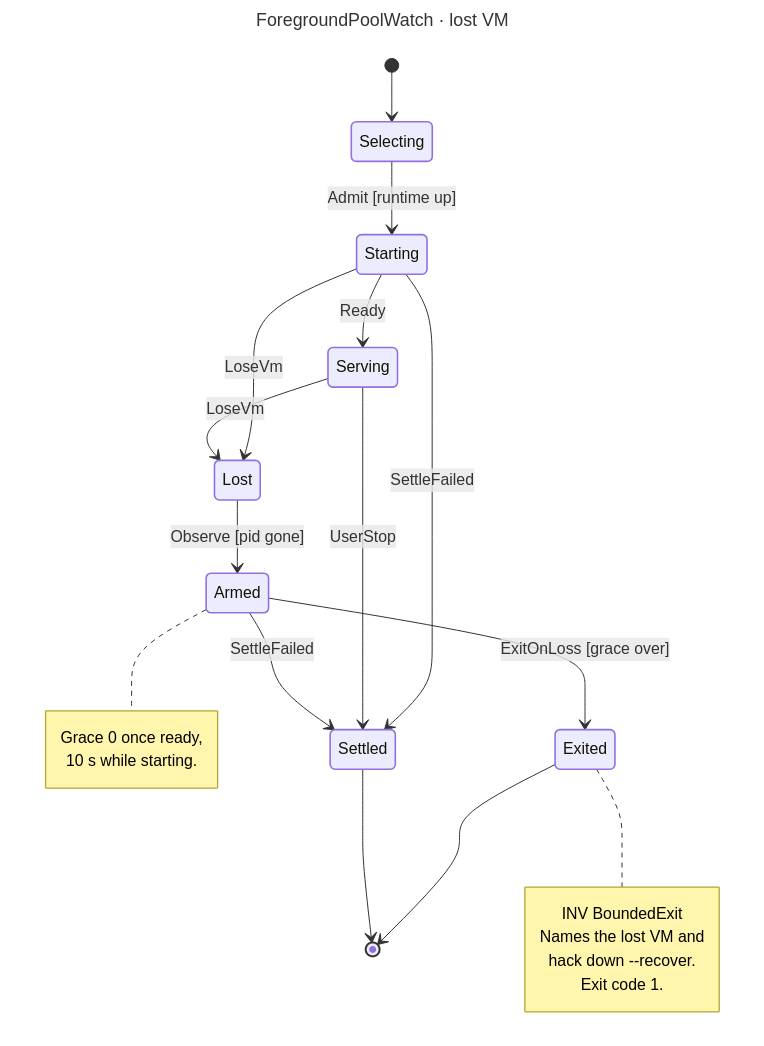
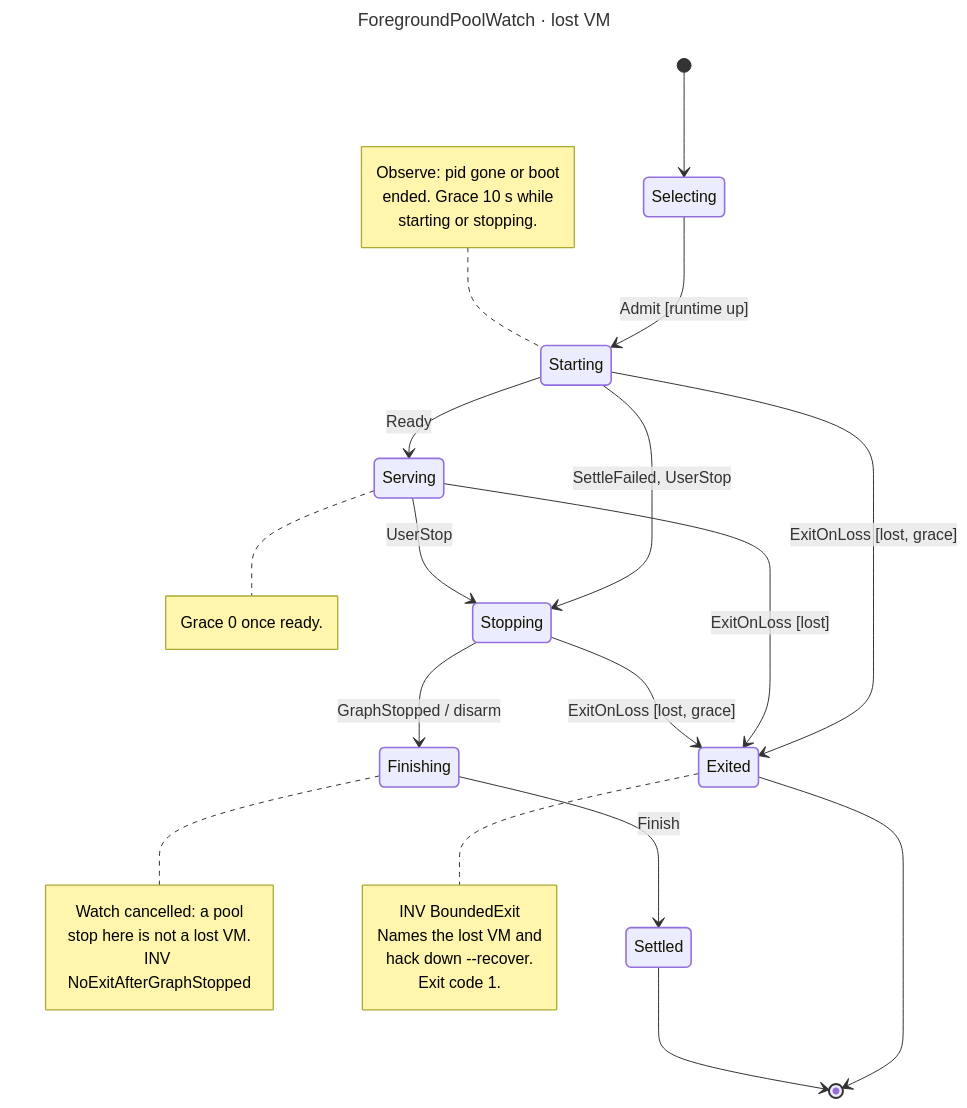
Before and after one commit to hack-dance/hack: the diagram in docs/diagrams/foreground-pool-watch.mmd, drawn with Mermaid. The commit also changed 13 other files, not shown here.

First line of the commit message:
fix(native): keep a foreground start that is finishing after its graph stopped (HACK-2096)

```diff
--- a/docs/diagrams/foreground-pool-watch.mmd
+++ b/docs/diagrams/foreground-pool-watch.mmd
@@ -1,39 +1,48 @@
 ---
 title: ForegroundPoolWatch · lost VM
 ---
 stateDiagram-v2
   direction TB
   [*] --> Selecting
   Selecting --> Starting : Admit [runtime up]
   Starting --> Serving : Ready
-  Starting --> Lost : LoseVm
-  Serving --> Lost : LoseVm
-  Lost --> Armed : Observe [pid gone]
-  Armed --> Exited : ExitOnLoss [grace over]
-  Starting --> Settled : SettleFailed
-  Serving --> Settled : UserStop
-  Armed --> Settled : SettleFailed
+  Starting --> Stopping : SettleFailed, UserStop
+  Serving --> Stopping : UserStop
+  Stopping --> Finishing : GraphStopped / disarm
+  Finishing --> Settled : Finish
+  Starting --> Exited : ExitOnLoss [lost, grace]
+  Serving --> Exited : ExitOnLoss [lost]
+  Stopping --> Exited : ExitOnLoss [lost, grace]
   Exited --> [*]
   Settled --> [*]
 
-  note right of Armed
-    Grace 0 once ready,
-    10 s while starting.
+  note left of Starting
+    Observe: pid gone or boot
+    ended. Grace 10 s while
+    starting or stopping.
+  end note
+  note right of Serving
+    Grace 0 once ready.
+  end note
+  note right of Finishing
+    Watch cancelled: a pool
+    stop here is not a lost VM.
+    INV NoExitAfterGraphStopped
   end note
   note right of Exited
     INV BoundedExit
     Names the lost VM and
     hack down --recover.
     Exit code 1.
   end note
 
   classDef live stroke-width:1.6px
   classDef wait stroke-width:1.6px
   classDef ok stroke-width:1.6px
   classDef fail stroke-width:1.6px
   classDef idle stroke-width:1.6px
   class Selecting idle
-  class Starting,Armed wait
+  class Starting,Stopping,Finishing wait
   class Serving live
-  class Lost,Exited fail
+  class Exited fail
   class Settled ok
```
